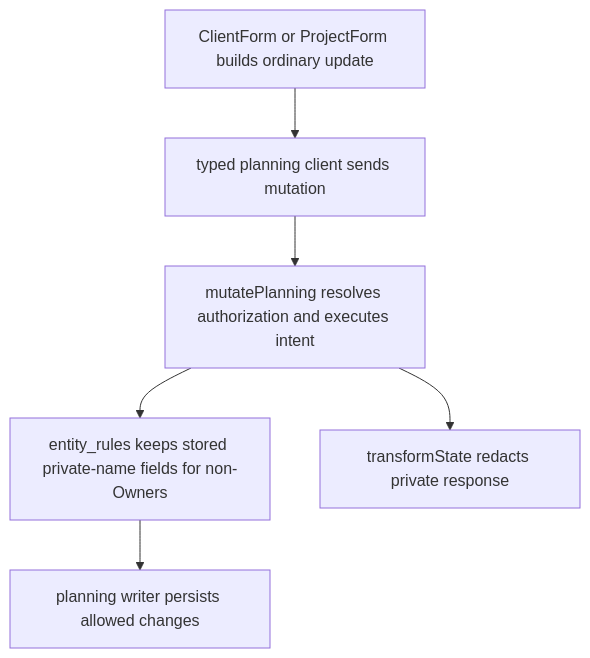
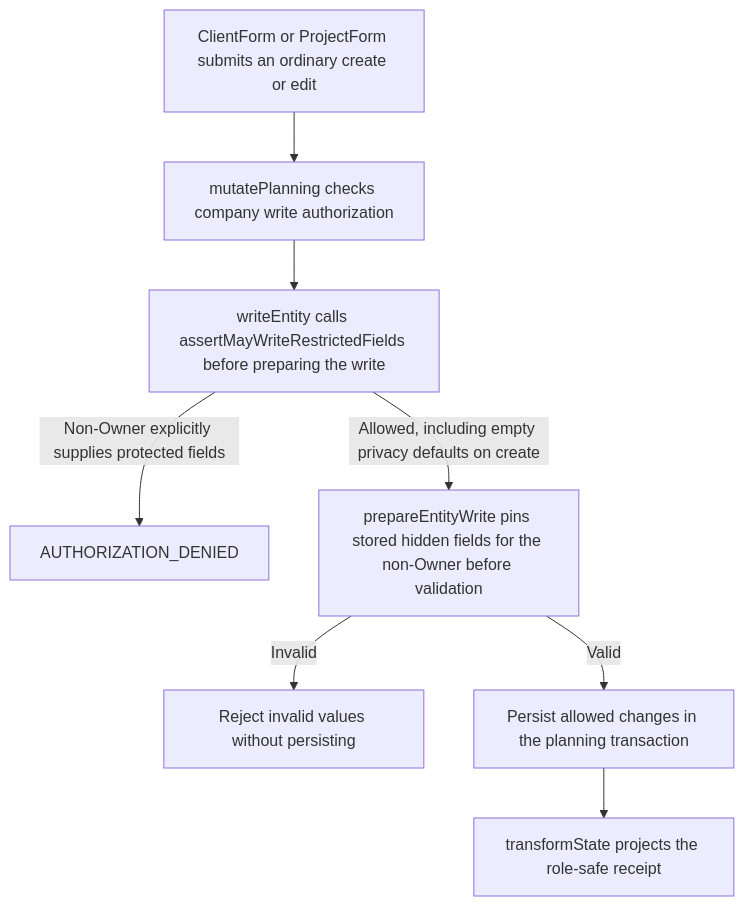
The second of 2 diagrams in user-stories/privacy/US-PRI-02-preserve-private-identities-on-writes.md (Kevinjohn/capacitylens), drawn with Mermaid before and after one commit. The commit also changed other lines of this file and 172 other files, not shown here.

Commit message:
docs: reconcile user story code flows with source

````diff
--- a/user-stories/privacy/US-PRI-02-preserve-private-identities-on-writes.md
+++ b/user-stories/privacy/US-PRI-02-preserve-private-identities-on-writes.md
@@ -31,8 +31,10 @@
 ```mermaid
 flowchart TD
-  ui["ClientForm or ProjectForm builds ordinary update"] --> client["typed planning client sends mutation"]
-  client --> server["mutatePlanning resolves authorization and executes intent"]
-  server --> rules["entity_rules keeps stored private-name fields for non-Owners"]
-  rules --> writer["planning writer persists allowed changes"]
-  server --> response["transformState redacts private response"]
+  edit["ClientForm or ProjectForm submits an ordinary create or edit"] --> mutate["mutatePlanning checks company write authorization"]
+  mutate --> restricted["writeEntity calls assertMayWriteRestrictedFields before preparing the write"]
+  restricted -->|Non-Owner explicitly supplies protected fields| refused["AUTHORIZATION_DENIED"]
+  restricted -->|Allowed, including empty privacy defaults on create| prepare["prepareEntityWrite pins stored hidden fields for the non-Owner before validation"]
+  prepare -->|Invalid| validation["Reject invalid values without persisting"]
+  prepare -->|Valid| persist["Persist allowed changes in the planning transaction"]
+  persist --> reply["transformState projects the role-safe receipt"]
 ```
````
